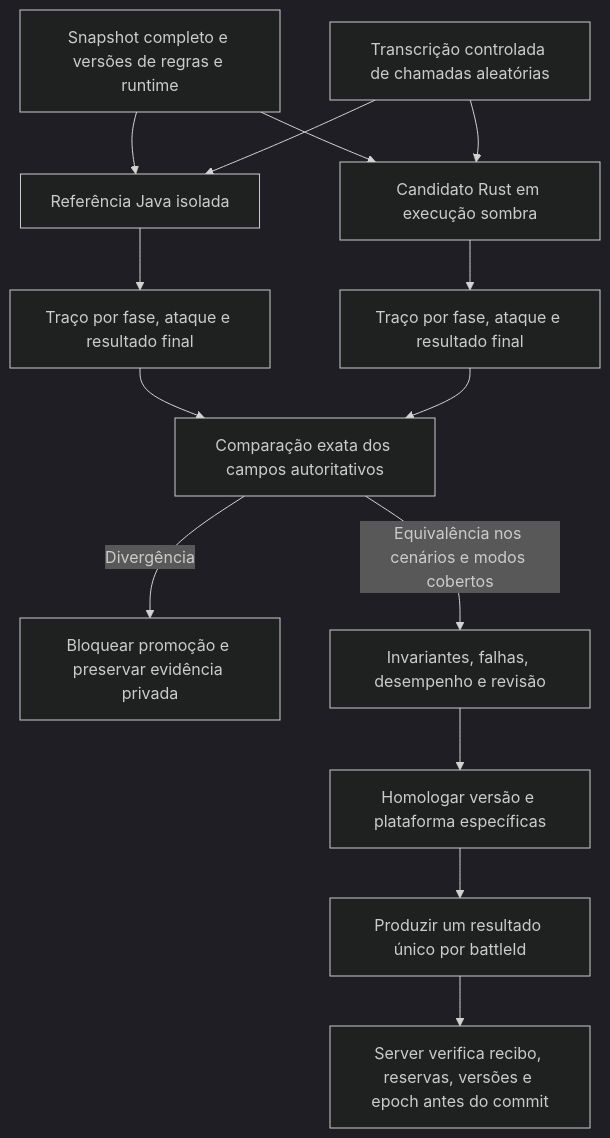
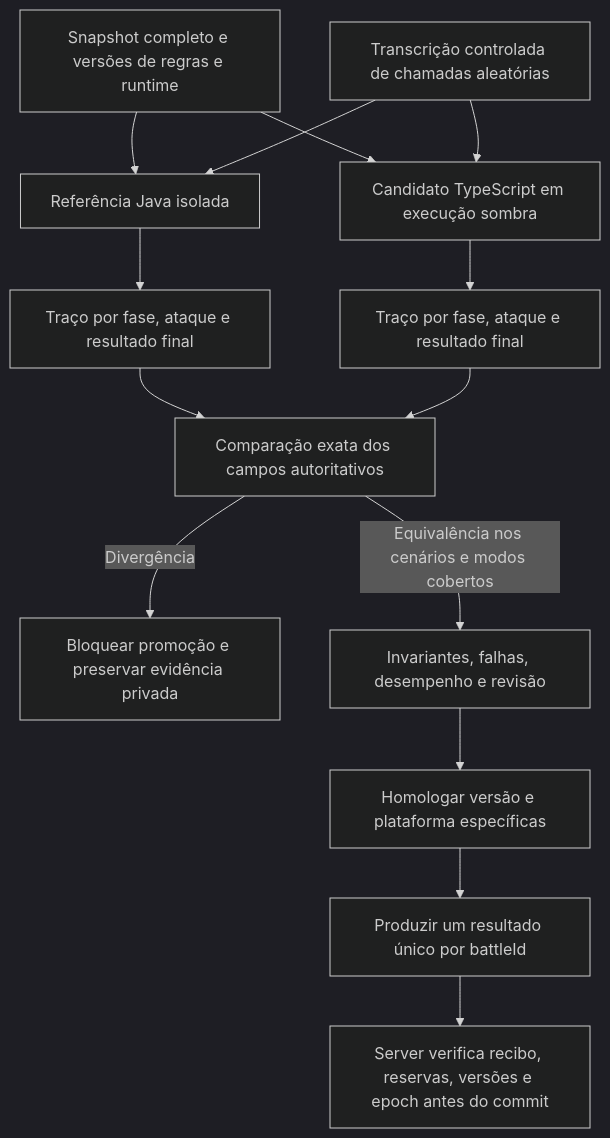
The seventh of 14 diagrams in .github/ARCHITECTURE.md (ReeseArch64/opencok), drawn with Mermaid (dark theme) before and after one commit. The commit also changed other lines of this file and 3 other files, not shown here.

Commit message:
docs: expand deployment architecture and mobile client roadmap

````diff
--- a/.github/ARCHITECTURE.md
+++ b/.github/ARCHITECTURE.md
@@ -610,16 +736,16 @@
 ```mermaid
 flowchart TB
   snapshot[Snapshot completo e versões de regras e runtime] --> java[Referência Java isolada]
-  snapshot --> rust[Candidato Rust em execução sombra]
+  snapshot --> candidate[Candidato TypeScript em execução sombra]
   draws[Transcrição controlada de chamadas aleatórias] --> java
-  draws --> rust
+  draws --> candidate
   java --> traceA[Traço por fase, ataque e resultado final]
-  rust --> traceB[Traço por fase, ataque e resultado final]
+  candidate --> traceB[Traço por fase, ataque e resultado final]
   traceA --> compare[Comparação exata dos campos autoritativos]
   traceB --> compare
   compare -->|Divergência| block[Bloquear promoção e preservar evidência privada]
   compare -->|Equivalência nos cenários e modos cobertos| gates[Invariantes, falhas, desempenho e revisão]
   gates --> release[Homologar versão e plataforma específicas]
   release --> calculate[Produzir um resultado único por battleId]
   calculate --> commit[Server verifica recibo, reservas, versões e epoch antes do commit]
 ```
````
